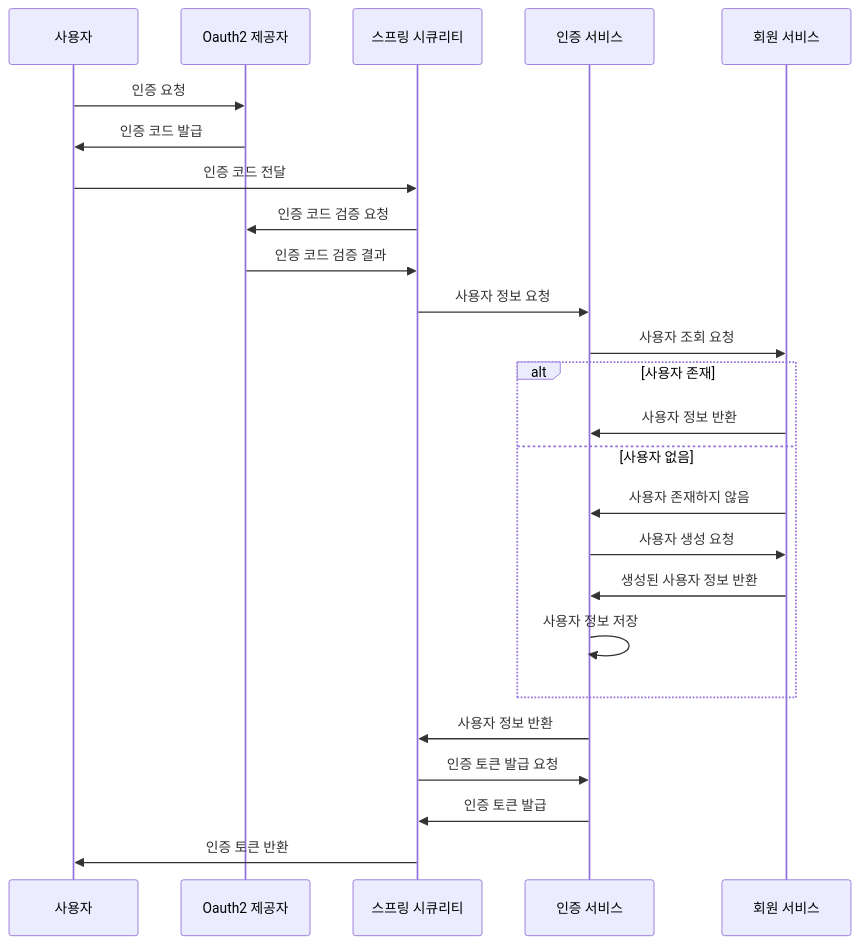
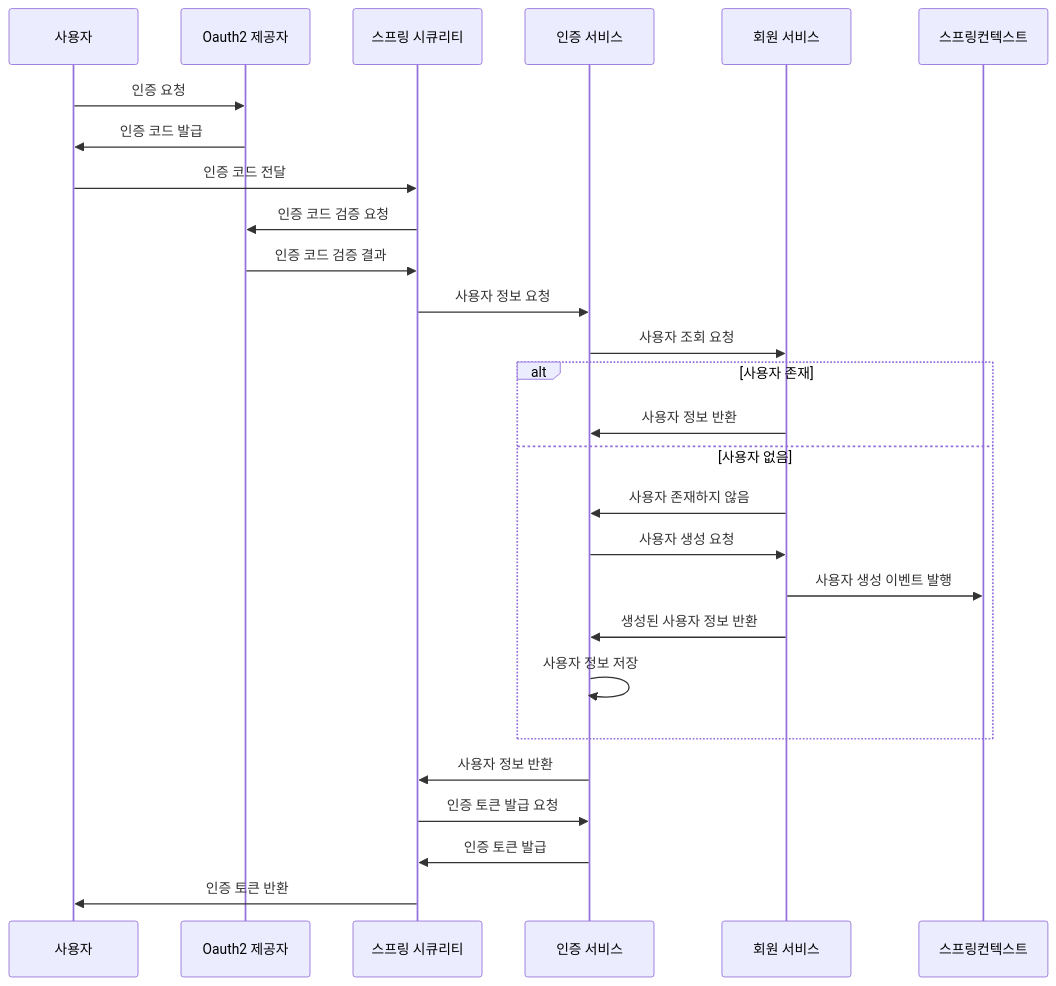
One commit to AskMyApi/ama-server changed the diagram in docs/auth/auth-docs.md. Above: the diagram before and after it, drawn with Mermaid.

Commit message:
[DOCS] 사용자 생성 이벤트 발행 다이어그램 추가

````diff
--- a/docs/auth/auth-docs.md
+++ b/docs/auth/auth-docs.md
@@ -11,28 +11,30 @@
 ```mermaid
 sequenceDiagram
     participant User as 사용자
     participant Oauth2Provider as Oauth2 제공자
     participant SpringSecurity as 스프링 시큐리티
     participant AuthService as 인증 서비스
     participant MemberService as 회원 서비스
+    participant Spring as 스프링컨텍스트 
 
     User->>Oauth2Provider: 인증 요청
     Oauth2Provider->>User: 인증 코드 발급
     User->>SpringSecurity: 인증 코드 전달
     SpringSecurity->>Oauth2Provider: 인증 코드 검증 요청
     Oauth2Provider->>SpringSecurity: 인증 코드 검증 결과
     SpringSecurity->>AuthService: 사용자 정보 요청
     AuthService->>MemberService: 사용자 조회 요청
     alt 사용자 존재
         MemberService->>AuthService: 사용자 정보 반환
     else 사용자 없음
         MemberService->>AuthService: 사용자 존재하지 않음
         AuthService->>MemberService: 사용자 생성 요청
+        MemberService ->> Spring : 사용자 생성 이벤트 발행
         MemberService->>AuthService: 생성된 사용자 정보 반환
         AuthService ->> AuthService: 사용자 정보 저장
     end
     AuthService->>SpringSecurity: 사용자 정보 반환
     SpringSecurity->>AuthService: 인증 토큰 발급 요청
     AuthService->>SpringSecurity: 인증 토큰 발급
     SpringSecurity->>User: 인증 토큰 반환
 ```
````
